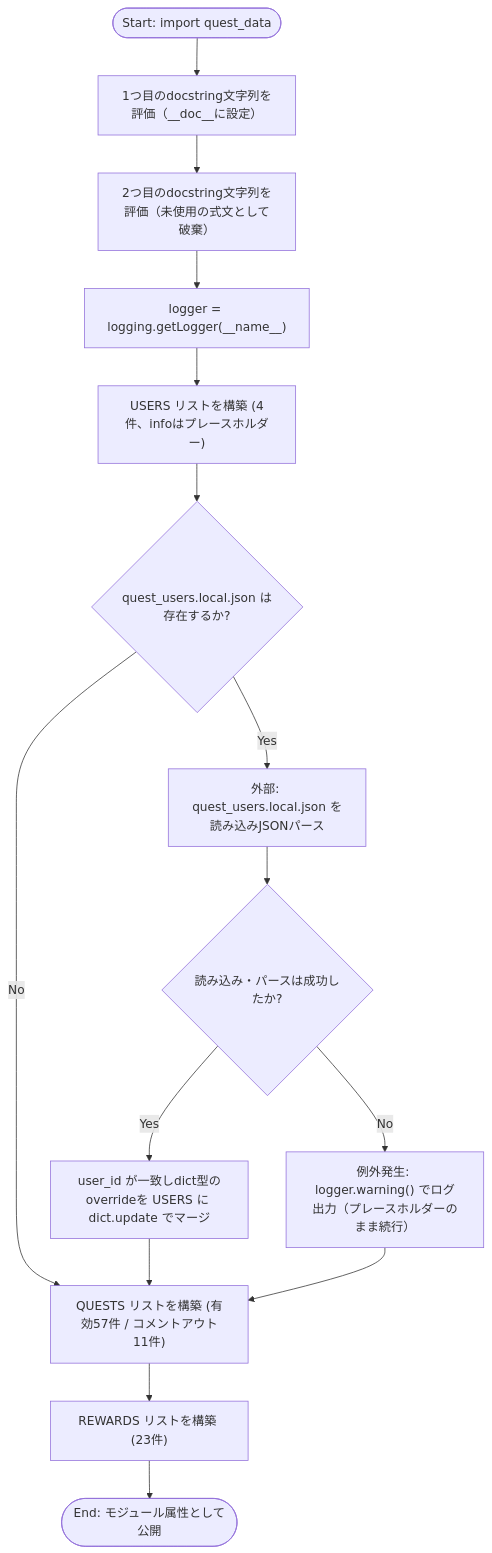
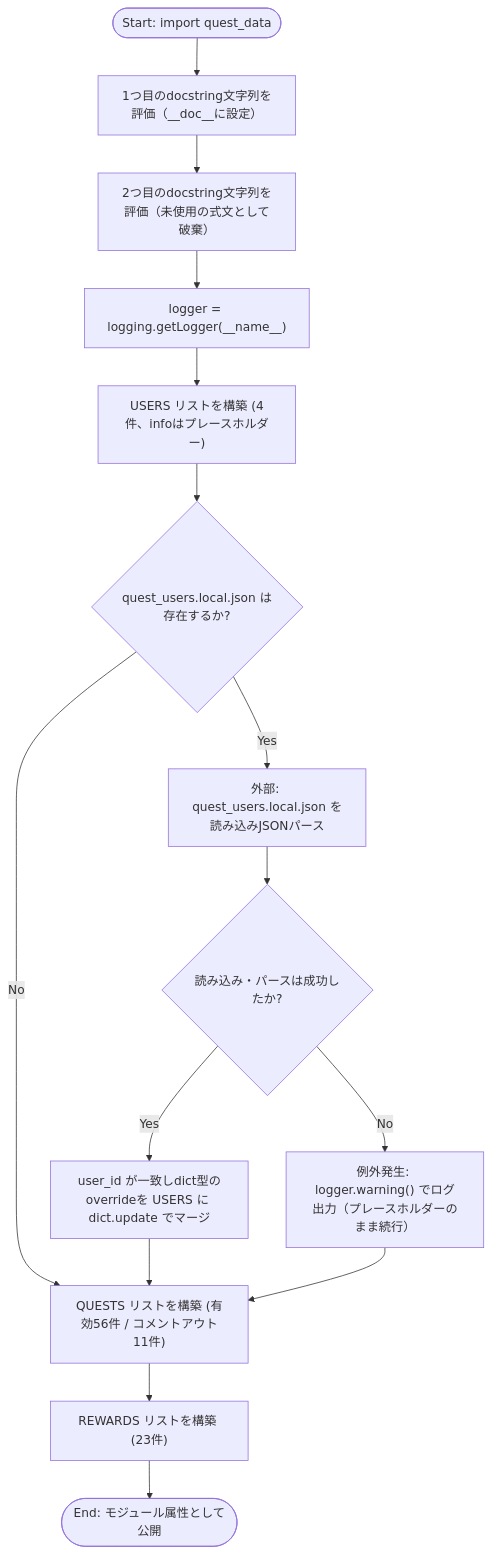
Before and after one commit to mmtigers/my_python_project: the first of 2 diagrams in docs/specifications/MY_HOME_SYSTEM/quest_data.md, drawn with Mermaid. The commit also changed other lines of this file and 16 other files, not shown here.

````diff
--- a/docs/specifications/MY_HOME_SYSTEM/quest_data.md
+++ b/docs/specifications/MY_HOME_SYSTEM/quest_data.md
@@ -194,17 +194,17 @@
 ```mermaid
 flowchart TD
     Start(["Start: import quest_data"]) --> Doc1["1つ目のdocstring文字列を評価（__doc__に設定）"]
     Doc1 --> Doc2["2つ目のdocstring文字列を評価（未使用の式文として破棄）"]
     Doc2 --> InitLogger["logger = logging.getLogger(__name__)"]
     InitLogger --> BuildUsers["USERS リストを構築 (4件、infoはプレースホルダー)"]
     BuildUsers --> CheckLocal{"quest_users.local.json は存在するか?"}
-    CheckLocal -- No --> BuildQuests["QUESTS リストを構築 (有効57件 / コメントアウト11件)"]
+    CheckLocal -- No --> BuildQuests["QUESTS リストを構築 (有効56件 / コメントアウト11件)"]
     CheckLocal -- Yes --> LoadLocal["外部: quest_users.local.json を読み込みJSONパース"]
     LoadLocal --> MergeCheck{"読み込み・パースは成功したか?"}
     MergeCheck -- Yes --> MergeUsers["user_id が一致しdict型のoverrideを USERS に dict.update でマージ"]
     MergeCheck -- No --> LogWarn["例外発生: logger.warning() でログ出力（プレースホルダーのまま続行）"]
     MergeUsers --> BuildQuests
     LogWarn --> BuildQuests
     BuildQuests --> BuildRewards["REWARDS リストを構築 (23件)"]
     BuildRewards --> End(["End: モジュール属性として公開"])
 ```
````
